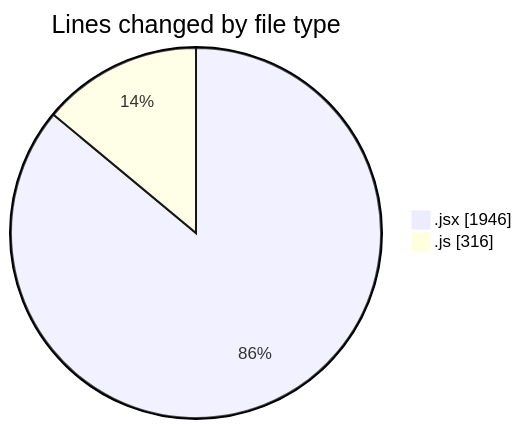
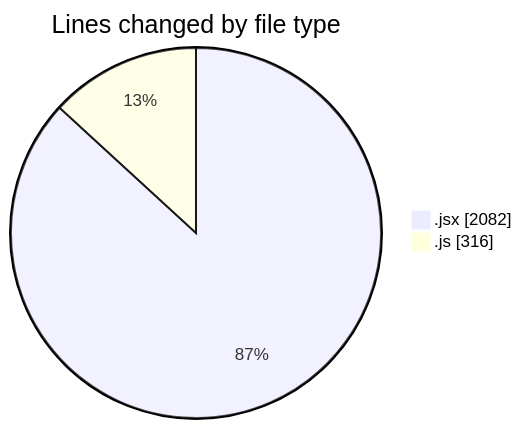
One commit to nxtqubesakshisongat/code-tracking changed the first of 2 diagrams in 2025-07-13/argos/README.md. Above: the diagram before and after it, drawn with Mermaid. The commit also changed other lines of this file and 1 other file, not shown here.

````diff
--- a/2025-07-13/argos/README.md
+++ b/2025-07-13/argos/README.md
@@ -21,6 +21,6 @@
 ```mermaid
 pie showData
 title Lines changed by file type
-".jsx" : 1946
+".jsx" : 2082
 ".js" : 316
 ```
````
